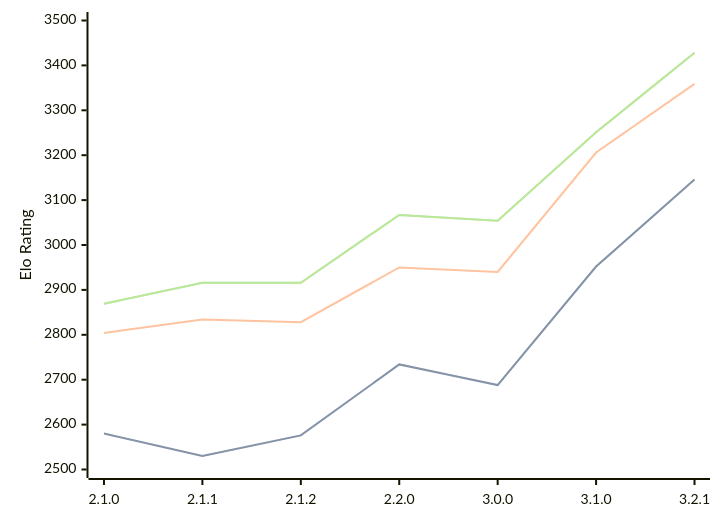
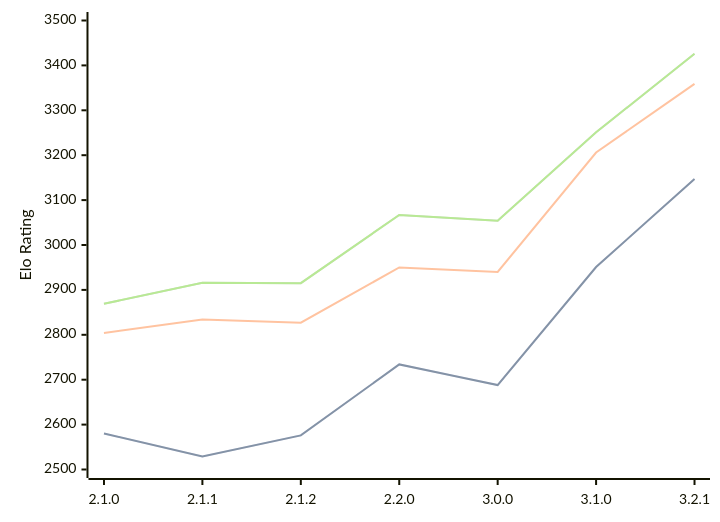
Before and after one commit to computer-chess-index/cci: the diagram in engines/Prune.md, drawn with Mermaid. The commit also changed other lines of this file, not shown here.

Commit message:
Update CCI Ratings (ELO VLTC) - 2026-03-06

````diff
--- a/engines/Prune.md
+++ b/engines/Prune.md
@@ -40,11 +40,11 @@
 ```mermaid
 %%{init: {"theme":"base","themeVariables":{"seriesColors:['#a3a3a3','#222221','#faa371']}}}%%
 xychart-beta
   x-axis ["2.1.0", "2.1.1", "2.1.2", "2.2.0", "3.0.0", "3.1.0", "3.2.1"]
   y-axis "Elo Rating" 2500 --> 3500
-  line "STC (8.0+0.08s)" [2580, 2530, 2576, 2734, 2688, 2952, 3146]
-  line "STC (8.0+0.08s)" [2580, 2530, 2576, 2734, 2688, 2952, 3146]
-  line "LTC (60.0+0.60s)" [2804, 2834, 2828, 2950, 2940, 3206, 3359]
-  line "VLTC (2m24s+1.12s)" [2869, 2916, 2916, 3067, 3054, 3251, 3428]
-  line "VLTC (2m24s+1.12s)" [2869, 2916, 2916, 3067, 3054, 3251, 3428]
+  line "STC (8.0+0.08s)" [2580, 2529, 2576, 2734, 2688, 2951, 3147]
+  line "STC (8.0+0.08s)" [2580, 2529, 2576, 2734, 2688, 2951, 3147]
+  line "LTC (60.0+0.60s)" [2804, 2834, 2827, 2950, 2940, 3206, 3359]
+  line "VLTC (2m24s+1.12s)" [2869, 2916, 2915, 3067, 3054, 3251, 3426]
+  line "VLTC (2m24s+1.12s)" [2869, 2916, 2915, 3067, 3054, 3251, 3426]
 ```
````
